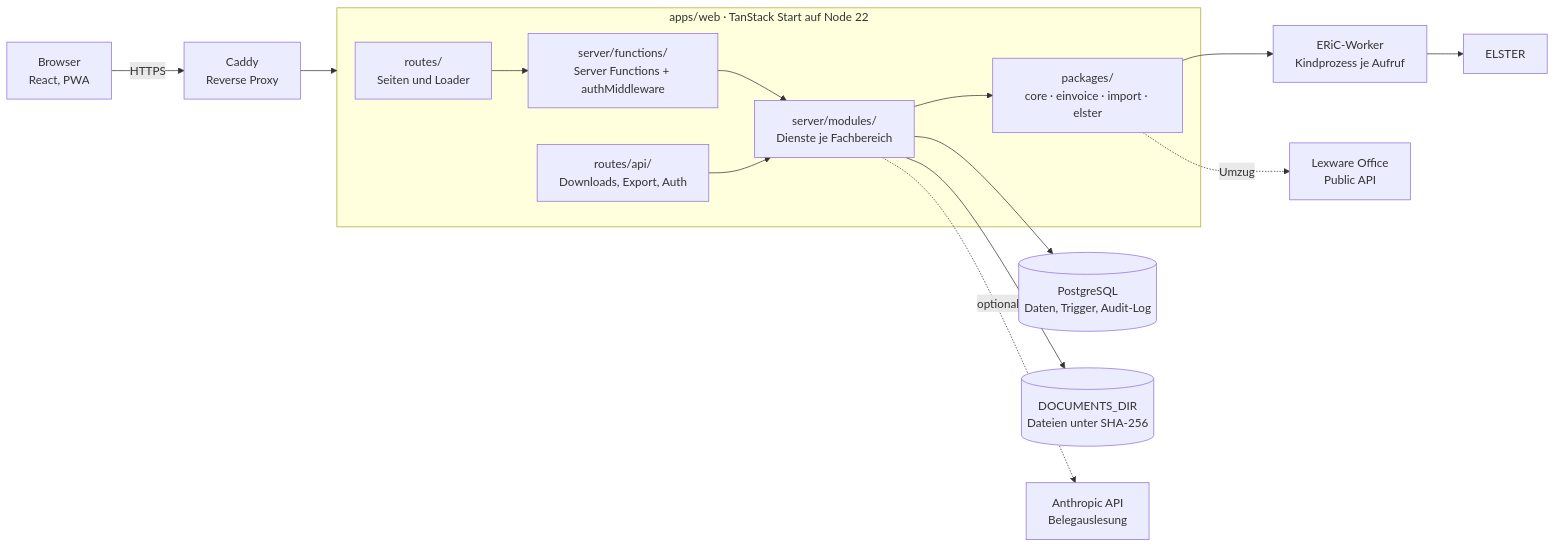
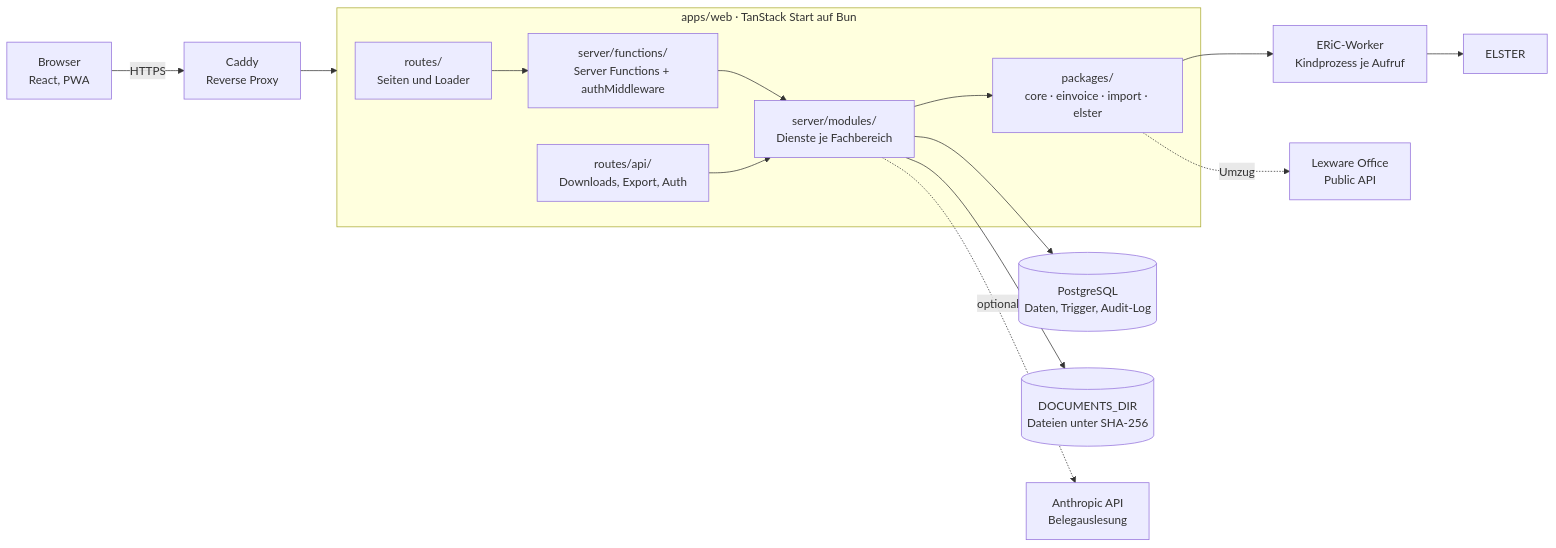
Before and after one commit to firsttris/haben: the diagram in docs/architektur.md, drawn with Mermaid. The commit also changed other lines of this file and 40 other files, not shown here.

First line of the commit message:
Bun statt Node, npm und pnpm (#198)

````diff
--- a/docs/architektur.md
+++ b/docs/architektur.md
@@ -7,19 +7,19 @@
 ```mermaid
 flowchart LR
   Browser["Browser<br/>React, PWA"] -->|HTTPS| Caddy["Caddy<br/>Reverse Proxy"]
   Caddy --> Web
 
-  subgraph Web["apps/web · TanStack Start auf Node 22"]
+  subgraph Web["apps/web · TanStack Start auf Bun"]
     Routes["routes/<br/>Seiten und Loader"] --> Functions["server/functions/<br/>Server Functions + authMiddleware"]
     Api["routes/api/<br/>Downloads, Export, Auth"]
     Functions --> Services["server/modules/<br/>Dienste je Fachbereich"]
     Api --> Services
     Services --> Packages["packages/<br/>core · einvoice · import · elster"]
   end
 
   Services --> Postgres[("PostgreSQL<br/>Daten, Trigger, Audit-Log")]
   Services --> Files[("DOCUMENTS_DIR<br/>Dateien unter SHA-256")]
   Packages --> Worker["ERiC-Worker<br/>Kindprozess je Aufruf"] --> Elster["ELSTER"]
   Services -.->|optional| Anthropic["Anthropic API<br/>Belegauslesung"]
   Packages -.->|Umzug| Lexware["Lexware Office<br/>Public API"]
 ```
````
